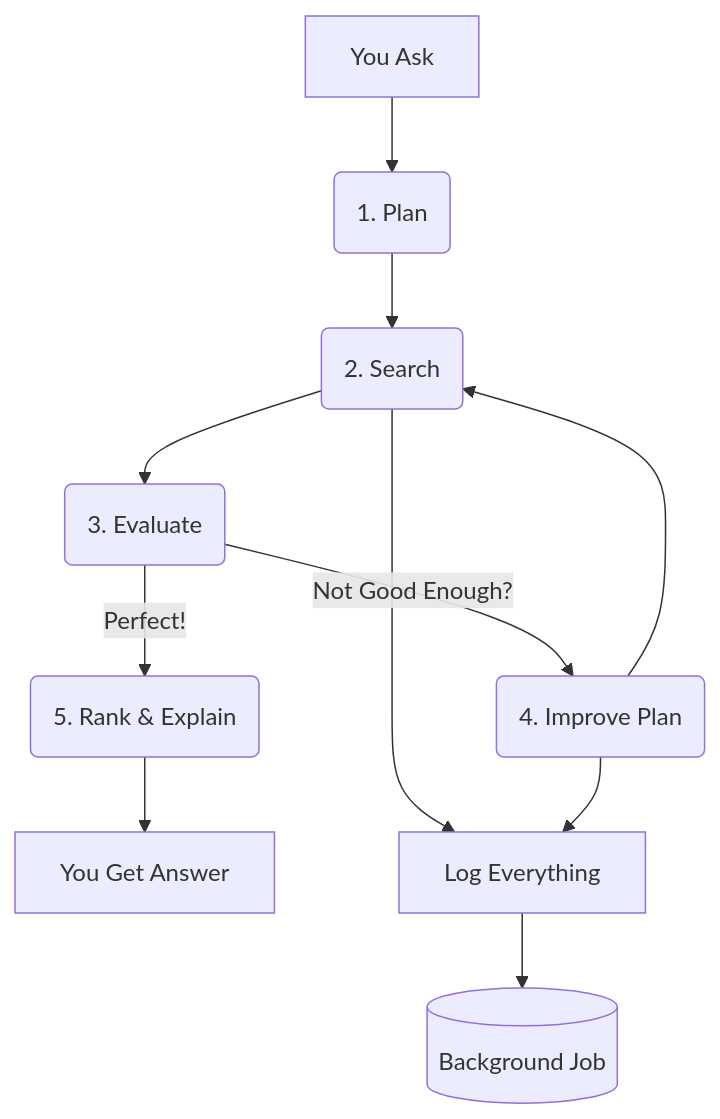
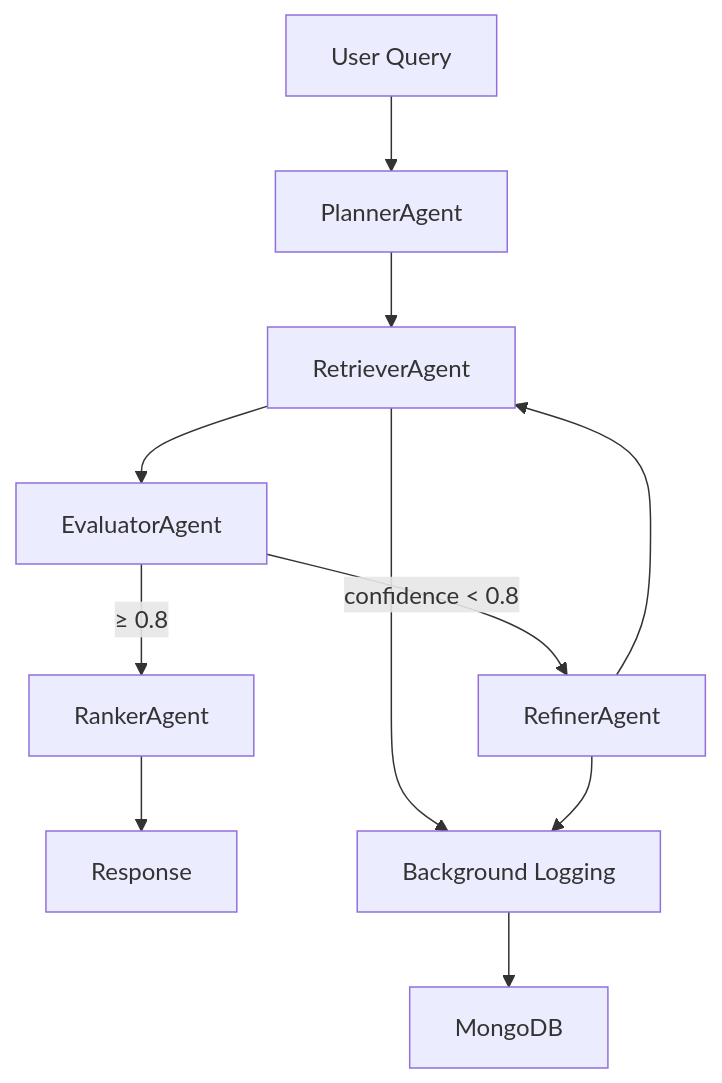
One commit to karthiknadar1204/matchmaking-devfolio changed the diagram in README.md. Above: the diagram before and after it, drawn with Mermaid. The commit also changed other lines of this file, not shown here.

````diff
--- a/README.md
+++ b/README.md
@@ -14,13 +56,13 @@
 ```mermaid
 graph TD
-    A[You Ask] --> B(1. Plan)
-    B --> C(2. Search)
-    C --> D(3. Evaluate)
-    D -->|Not Good Enough?| E(4. Improve Plan)
+    A[User Query] --> B[PlannerAgent]
+    B --> C[RetrieverAgent]
+    C --> D[EvaluatorAgent]
+    D -->|confidence < 0.8| E[RefinerAgent]
     E --> C
-    D -->|Perfect!| F(5. Rank & Explain)
-    F --> G[You Get Answer]
-    C --> H[Log Everything]
+    D -->|≥ 0.8| F[RankerAgent]
+    F --> G[Response]
+    C --> H[Background Logging]
     E --> H
-    H --> I[(Background Job)]
+    H --> I[MongoDB]
 ```
````
